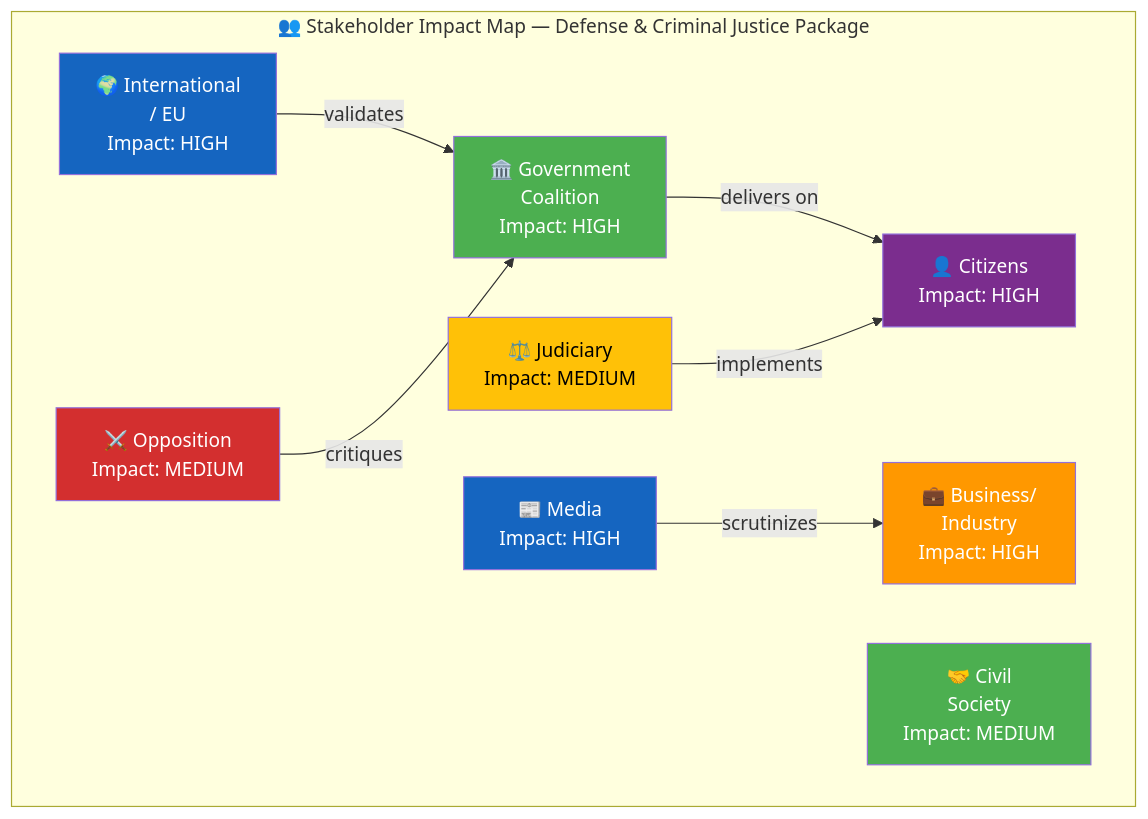
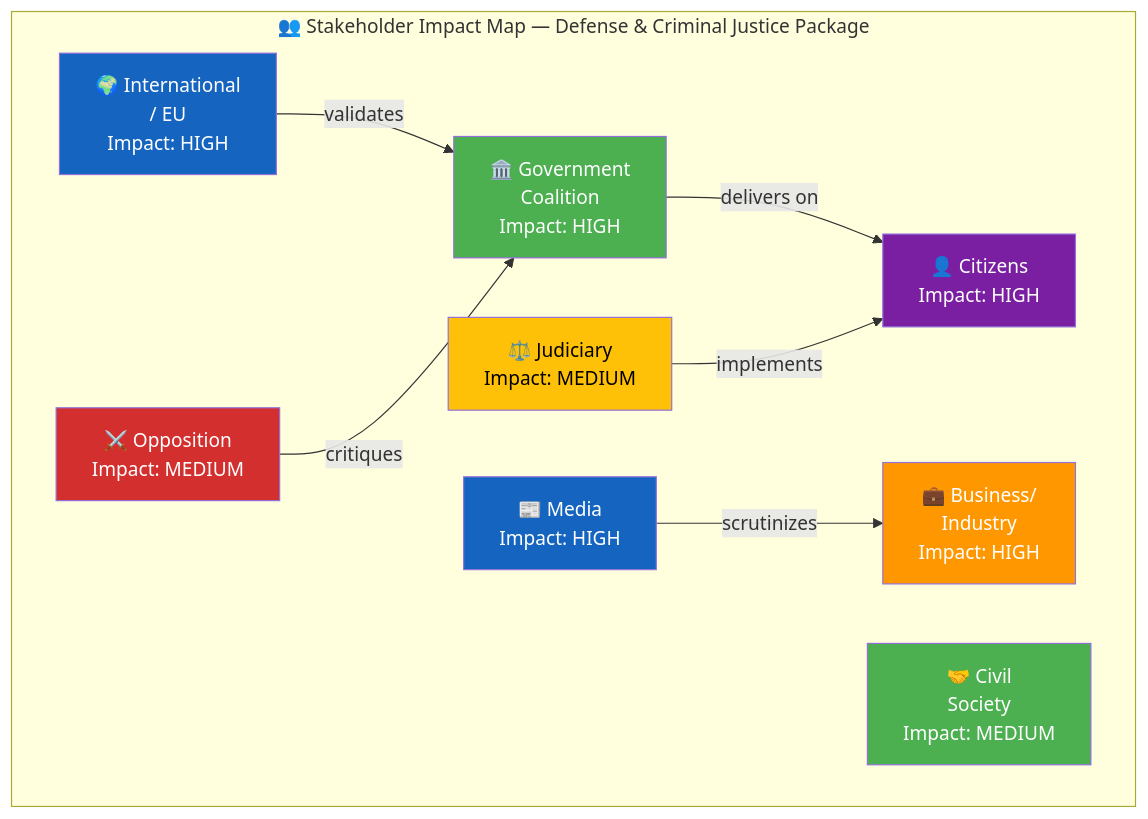
The diagram in analysis/daily/2026-04-03/realtime-1018/stakeholder-perspectives.md (Hack23/riksdagsmonitor), drawn with Mermaid before and after one commit. The commit also changed 121 other files, not shown here.

````diff
--- a/analysis/daily/2026-04-03/realtime-1018/stakeholder-perspectives.md
+++ b/analysis/daily/2026-04-03/realtime-1018/stakeholder-perspectives.md
@@ -21,28 +21,28 @@
 ```mermaid
 graph TD
     subgraph "👥 Stakeholder Impact Map — Defense & Criminal Justice Package"
         CIT["👤 Citizens<br/>Impact: HIGH"]
         GOV["🏛️ Government<br/>Coalition<br/>Impact: HIGH"]
         OPP["⚔️ Opposition<br/>Impact: MEDIUM"]
         BUS["💼 Business/<br/>Industry<br/>Impact: HIGH"]
         CIV["🤝 Civil<br/>Society<br/>Impact: MEDIUM"]
         INT["🌍 International<br/>/ EU<br/>Impact: HIGH"]
         JUD["⚖️ Judiciary<br/>Impact: MEDIUM"]
         MED["📰 Media<br/>Impact: HIGH"]
     end
 
     GOV -->|"delivers on"| CIT
     INT -->|"validates"| GOV
     OPP -->|"critiques"| GOV
     MED -->|"scrutinizes"| BUS
     JUD -->|"implements"| CIT
 
-    style CIT fill:#7b2d8e,color:#FFFFFF
+    style CIT fill:#7B1FA2,color:#FFFFFF
     style GOV fill:#4CAF50,color:#FFFFFF
     style OPP fill:#D32F2F,color:#FFFFFF
     style BUS fill:#FF9800,color:#FFFFFF
     style CIV fill:#4CAF50,color:#FFFFFF
     style INT fill:#1565C0,color:#FFFFFF
     style JUD fill:#FFC107,color:#000000
     style MED fill:#1565C0,color:#FFFFFF
 ```
````
